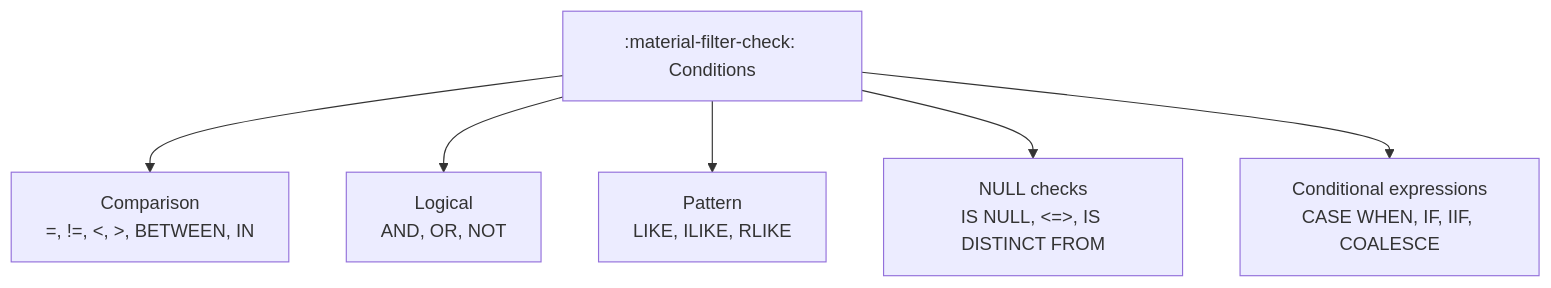
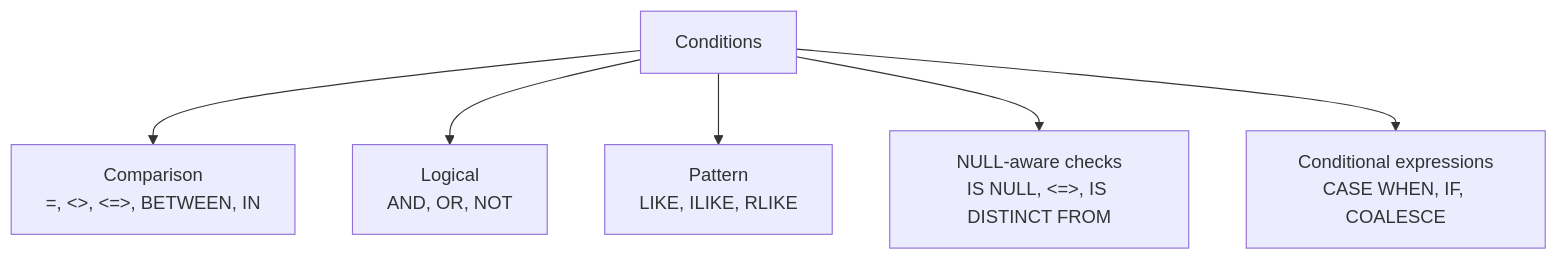
Before and after one commit to mahfooziiitian/spark-batch: the diagram in spark-sql/docs/querying/condition/index.md, drawn with Mermaid. The commit also changed other lines of this file and 809 other files, not shown here.

````diff
--- a/spark-sql/docs/querying/condition/index.md
+++ b/spark-sql/docs/querying/condition/index.md
@@ -23,8 +36,8 @@
 ```mermaid
 graph TD
-    A[":material-filter-check: Conditions"] --> B["Comparison\n=, !=, <, >, BETWEEN, IN"]
+    A["Conditions"] --> B["Comparison\n=, <>, <=>, BETWEEN, IN"]
     A --> C["Logical\nAND, OR, NOT"]
     A --> D["Pattern\nLIKE, ILIKE, RLIKE"]
-    A --> E["NULL checks\nIS NULL, <=>, IS DISTINCT FROM"]
-    A --> F["Conditional expressions\nCASE WHEN, IF, IIF, COALESCE"]
+    A --> E["NULL-aware checks\nIS NULL, <=>, IS DISTINCT FROM"]
+    A --> F["Conditional expressions\nCASE WHEN, IF, COALESCE"]
 ```
````
